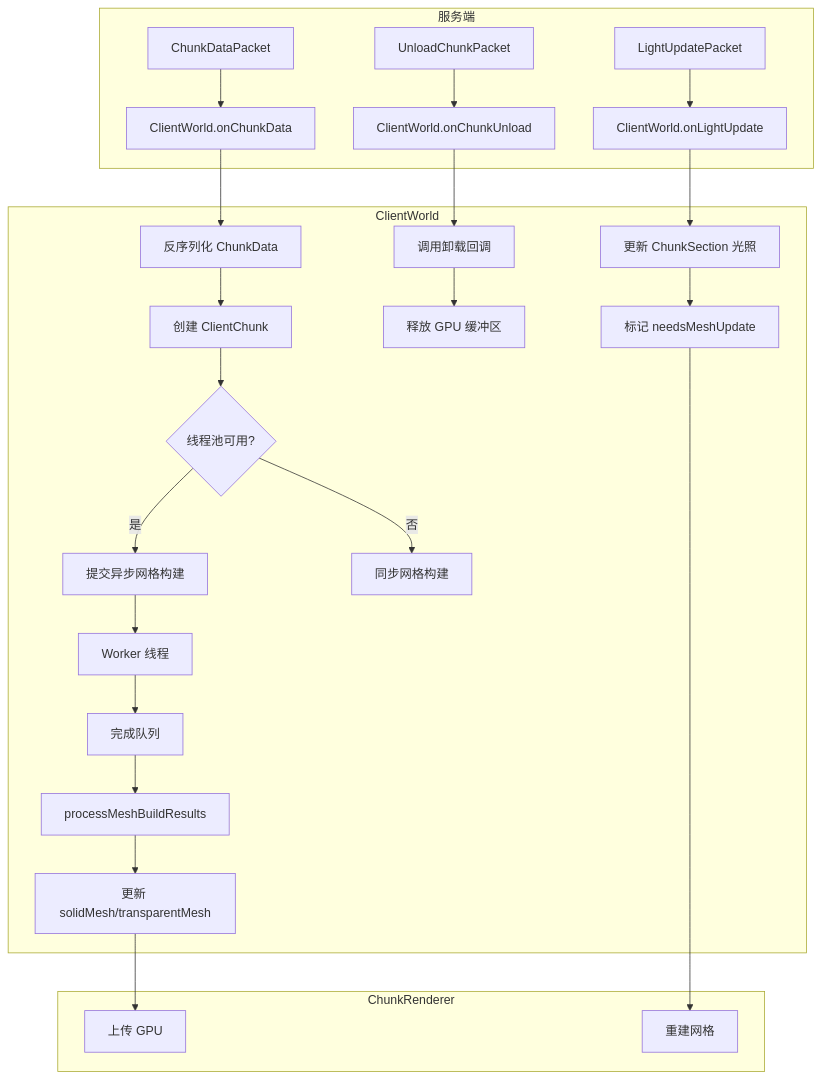
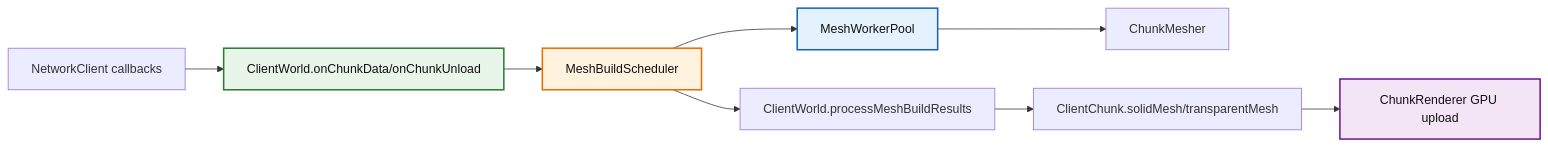
Before and after one commit to g122622/Cubium: the first of 2 diagrams in src/client/world/README.md, drawn with Mermaid. The commit also changed other lines of this file and 21 other files, not shown here.

````diff
--- a/src/client/world/README.md
+++ b/src/client/world/README.md
@@ -88,29 +46,15 @@
 ```mermaid
-flowchart TB
-    subgraph 服务端
-        A[ChunkDataPacket] --> B[ClientWorld.onChunkData]
-        C[UnloadChunkPacket] --> D[ClientWorld.onChunkUnload]
-        E[LightUpdatePacket] --> F[ClientWorld.onLightUpdate]
-    end
-    
-    subgraph ClientWorld
-        B --> G[反序列化 ChunkData]
-        G --> H[创建 ClientChunk]
-        H --> I{线程池可用?}
-        I -->|是| J[提交异步网格构建]
-        I -->|否| K[同步网格构建]
-        J --> L[Worker 线程]
-        L --> M[完成队列]
-        M --> N[processMeshBuildResults]
-        N --> O[更新 solidMesh/transparentMesh]
-        D --> P[调用卸载回调]
-        P --> Q[释放 GPU 缓冲区]
-        F --> R[更新 ChunkSection 光照]
-        R --> S[标记 needsMeshUpdate]
-    end
-    
-    subgraph ChunkRenderer
-        O --> T[上传 GPU]
-        S --> U[重建网格]
-    end
+graph LR
+    A[NetworkClient callbacks] --> B[ClientWorld.onChunkData/onChunkUnload]
+    B --> C[MeshBuildScheduler]
+    C --> D[MeshWorkerPool]
+    D --> E[ChunkMesher]
+    C --> F[ClientWorld.processMeshBuildResults]
+    F --> G[ClientChunk.solidMesh/transparentMesh]
+    G --> H[ChunkRenderer GPU upload]
+
+    style B fill:#e8f5e9,stroke:#2e7d32,stroke-width:2px,color:#111
+    style C fill:#fff3e0,stroke:#ef6c00,stroke-width:2px,color:#111
+    style D fill:#e3f2fd,stroke:#1565c0,stroke-width:2px,color:#111
+    style H fill:#f3e5f5,stroke:#6a1b9a,stroke-width:2px,color:#111
 ```
````
